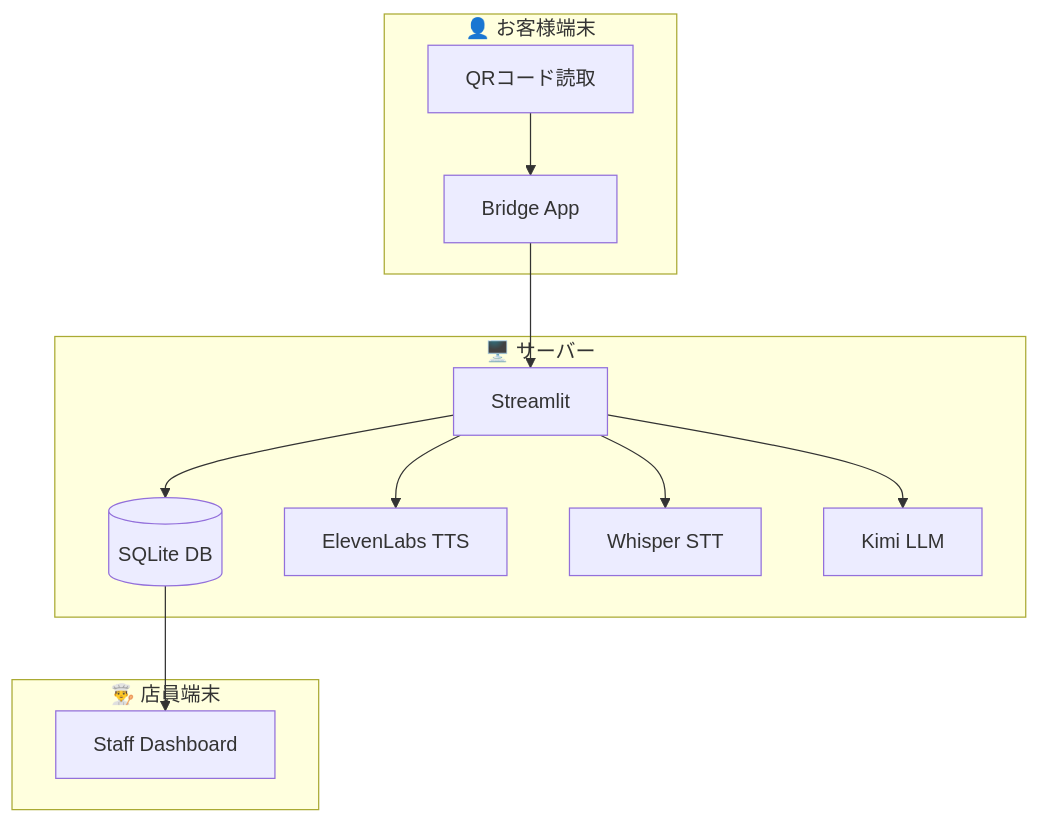
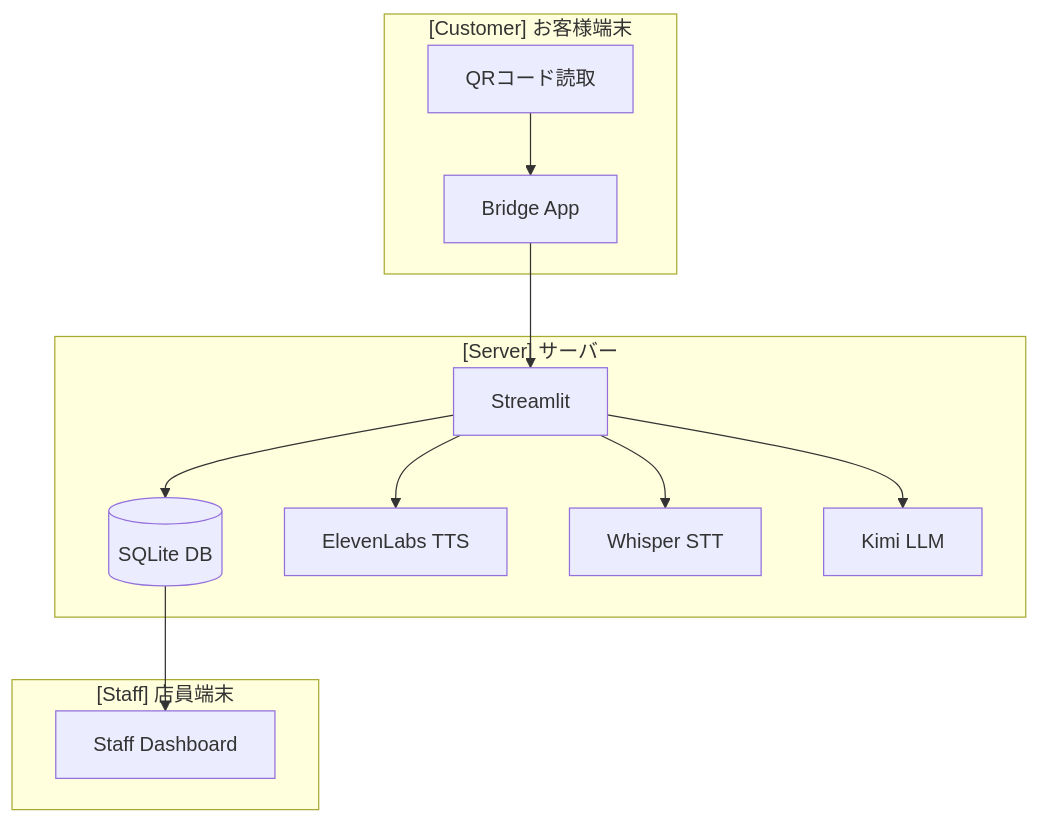
Before and after one commit to koshikawa-masato/Bridge-Restaurant-Training: the diagram in mermaid/mermaid_system.mmd, drawn with Mermaid. The commit also changed 9 other files, not shown here.

Commit message:
docs: replace emoji with text labels in diagrams

```diff
--- a/mermaid/mermaid_system.mmd
+++ b/mermaid/mermaid_system.mmd
@@ -1,25 +1,25 @@
 flowchart TB
-    subgraph Customer["👤 お客様端末"]
+    subgraph Customer["[Customer] お客様端末"]
         QR[QRコード読取]
         APP[Bridge App]
     end
 
-    subgraph Staff["👨‍🍳 店員端末"]
+    subgraph Staff["[Staff] 店員端末"]
         DASH[Staff Dashboard]
     end
 
-    subgraph Backend["🖥️ サーバー"]
+    subgraph Backend["[Server] サーバー"]
         STREAMLIT[Streamlit]
         SQLITE[(SQLite DB)]
         TTS[ElevenLabs TTS]
         STT[Whisper STT]
         LLM[Kimi LLM]
     end
 
     QR --> APP
     APP --> STREAMLIT
     STREAMLIT --> SQLITE
     STREAMLIT --> TTS
     STREAMLIT --> STT
     STREAMLIT --> LLM
     SQLITE --> DASH
```
